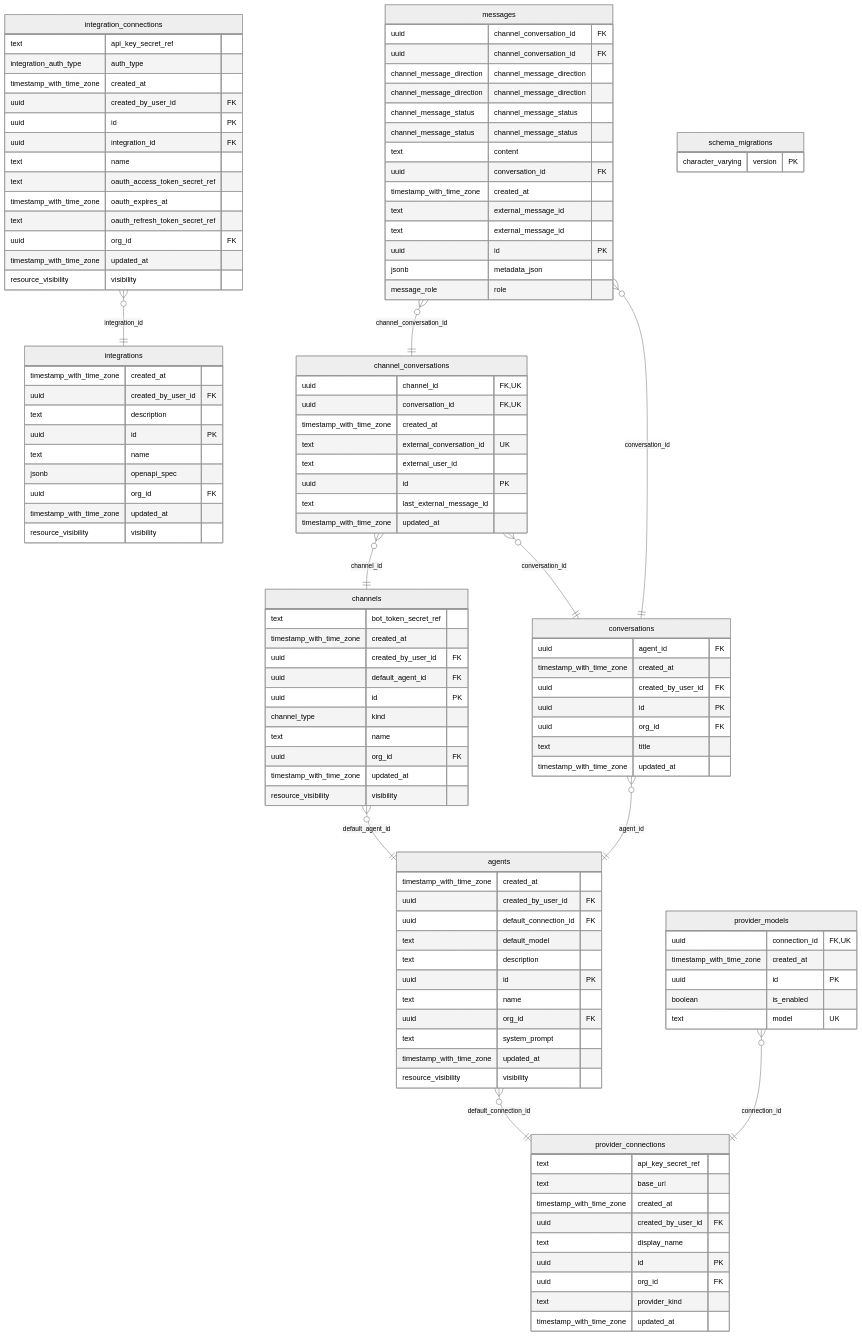
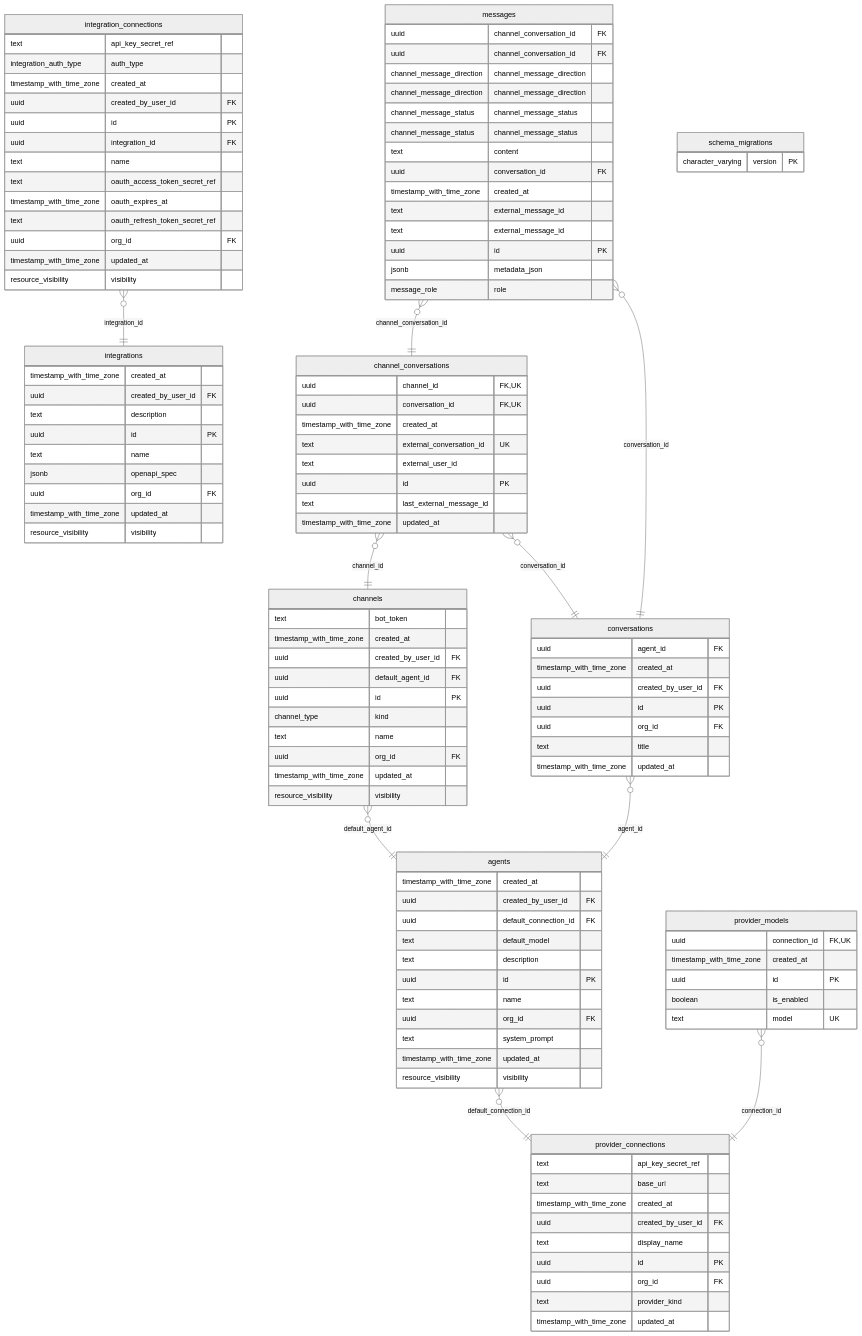
Before and after one commit to purton-tech/agent-octo: the third of 3 diagrams in crates/db/README.md, drawn with Mermaid (neutral theme). The commit also changed 3 other files, not shown here.

Commit message:
bot token

```diff
--- a/crates/db/README.md
+++ b/crates/db/README.md
@@ -127,7 +127,7 @@
     }
 
     channels {
-        text bot_token_secret_ref 
+        text bot_token 
         timestamp_with_time_zone created_at 
         uuid created_by_user_id FK 
         uuid default_agent_id FK 
```
